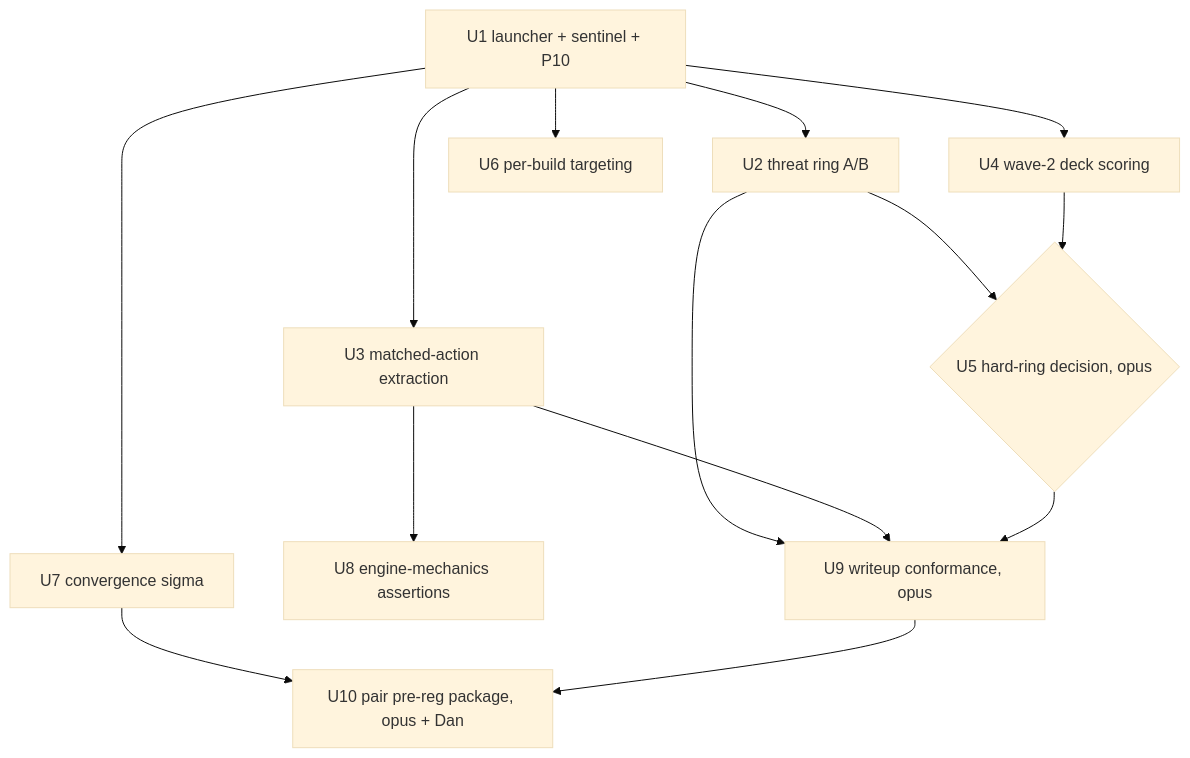
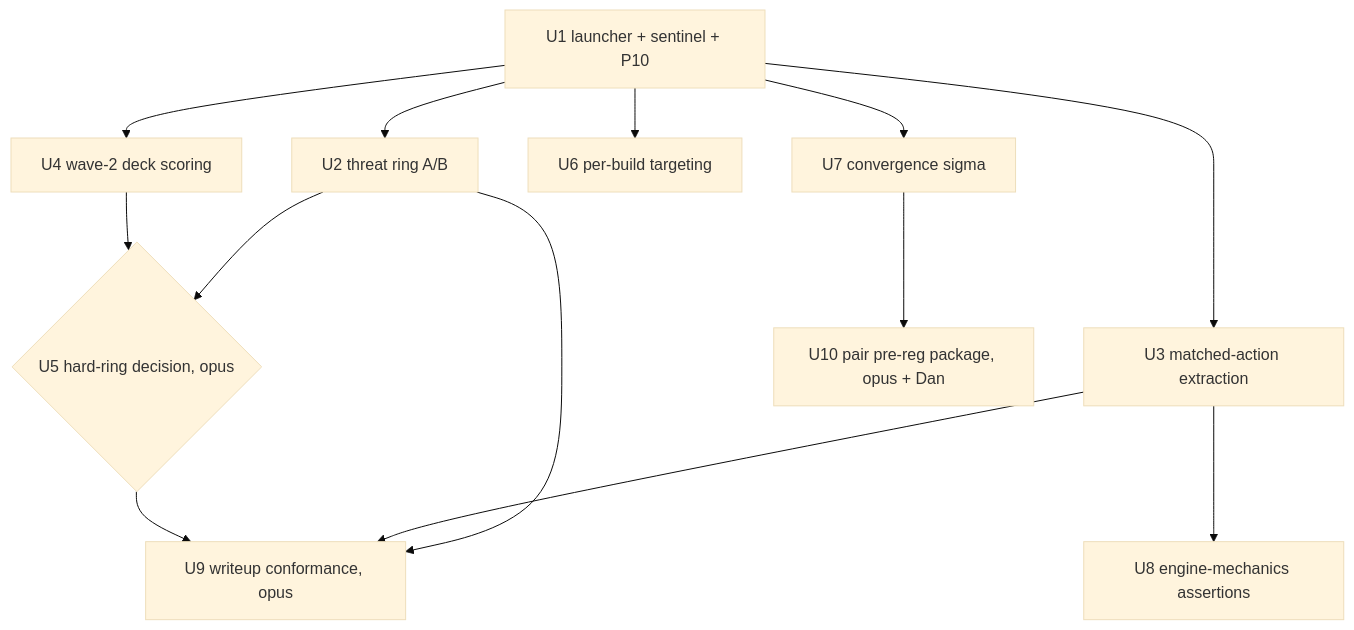
The diagram in docs/plans/2026-07-10-001-feat-improvement-push-plan.md (fullvaluedan/ptcg-abc), drawn with Mermaid (base theme) before and after one commit. The commit also changed other lines of this file, not shown here.

````diff
--- a/docs/plans/2026-07-10-001-feat-improvement-push-plan.md
+++ b/docs/plans/2026-07-10-001-feat-improvement-push-plan.md
@@ -55,16 +55,15 @@
 ```mermaid
 flowchart TB
   U1[U1 launcher + sentinel + P10] --> A2[U2 threat ring A/B]
   U1 --> A3[U3 matched-action extraction]
   U1 --> A4[U4 wave-2 deck scoring]
   A2 --> B5{U5 hard-ring decision, opus}
   A4 --> B5
   U1 --> B6[U6 per-build targeting]
   U1 --> B7[U7 convergence sigma]
   A3 --> C8[U8 engine-mechanics assertions]
   A2 --> C9[U9 writeup conformance, opus]
   A3 --> C9
   B5 --> C9
   B7 --> D10[U10 pair pre-reg package, opus + Dan]
-  C9 --> D10
 ```
````
